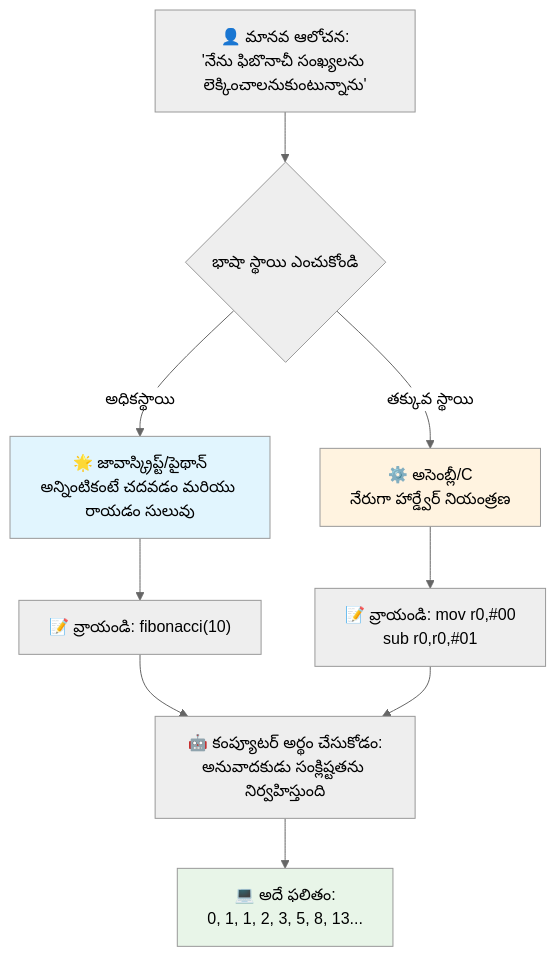
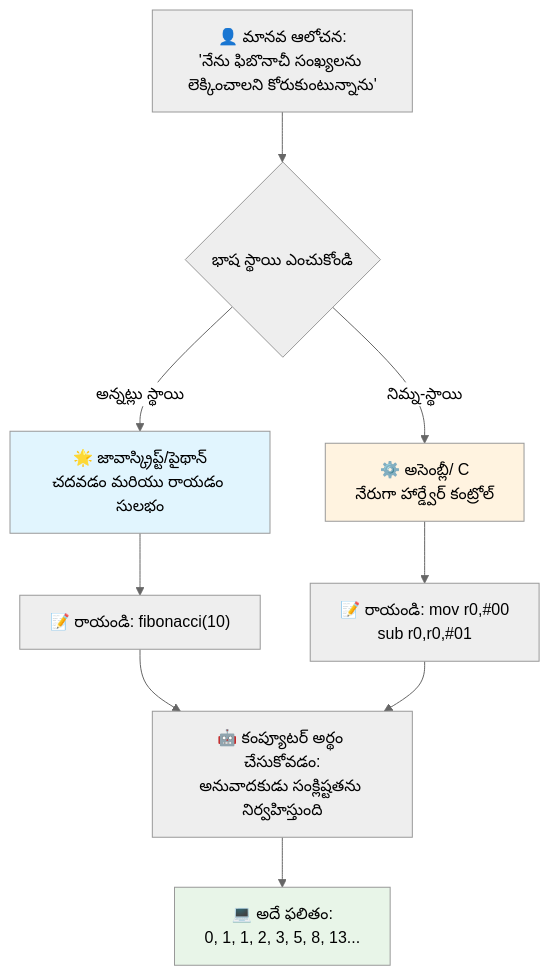
The third of 7 diagrams in translations/te/1-getting-started-lessons/1-intro-to-programming-languages/README.md (microsoft/Web-Dev-For-Beginners), drawn with Mermaid (neutral theme) before and after one commit. The commit also changed other lines of this file and 13 other files, not shown here.

````diff
--- a/translations/te/1-getting-started-lessons/1-intro-to-programming-languages/README.md
+++ b/translations/te/1-getting-started-lessons/1-intro-to-programming-languages/README.md
@@ -148,19 +147,19 @@
 ```mermaid
 flowchart TB
-    A["👤 మానవ ఆలోచన:<br/>'నేను ఫిబొనాచీ సంఖ్యలను లెక్కించాలనుకుంటున్నాను'"] --> B{భాషా స్థాయి ఎంచుకోండి}
+    A["👤 మానవ ఆలోచన:<br/>'నేను ఫిబొనాచీ సంఖ్యలను లెక్కించాలని కోరుకుంటున్నాను'"] --> B{భాష స్థాయి ఎంచుకోండి}
     
-    B -->|అధికస్థాయి| C["🌟 జావాస్క్రిప్ట్/పైథాన్<br/>అన్నింటికంటే చదవడం మరియు రాయడం సులువు"]
-    B -->|తక్కువ స్థాయి| D["⚙️ అసెంబ్లీ/C<br/>నేరుగా హార్డ్వేర్ నియంత్రణ"]
+    B -->|అన్నట్లు స్థాయి| C["🌟 జావాస్క్రిప్ట్/పైథాన్<br/>చదవడం మరియు రాయడం సులభం"]
+    B -->|నిమ్న-స్థాయి| D["⚙️ అసెంబ్లీ/ C<br/>నేరుగా హార్డ్వేర్ కంట్రోల్"]
     
-    C --> E["📝 వ్రాయండి: fibonacci(10)"]
-    D --> F["📝 వ్రాయండి: mov r0,#00<br/>sub r0,r0,#01"]
+    C --> E["📝 రాయండి: fibonacci(10)"]
+    D --> F["📝 రాయండి: mov r0,#00<br/>sub r0,r0,#01"]
     
-    E --> G["🤖 కంప్యూటర్ అర్థం చేసుకోడం:<br/>అనువాదకుడు సంక్లిష్టతను నిర్వహిస్తుంది"]
+    E --> G["🤖 కంప్యూటర్ అర్థం చేసుకోవడం:<br/>అనువాదకుడు సంక్లిష్టతను నిర్వహిస్తుంది"]
     F --> G
     
     G --> H["💻 అదే ఫలితం:<br/>0, 1, 1, 2, 3, 5, 8, 13..."]
     
     style C fill:#e1f5fe
     style D fill:#fff3e0
     style H fill:#e8f5e8
 ```
````
